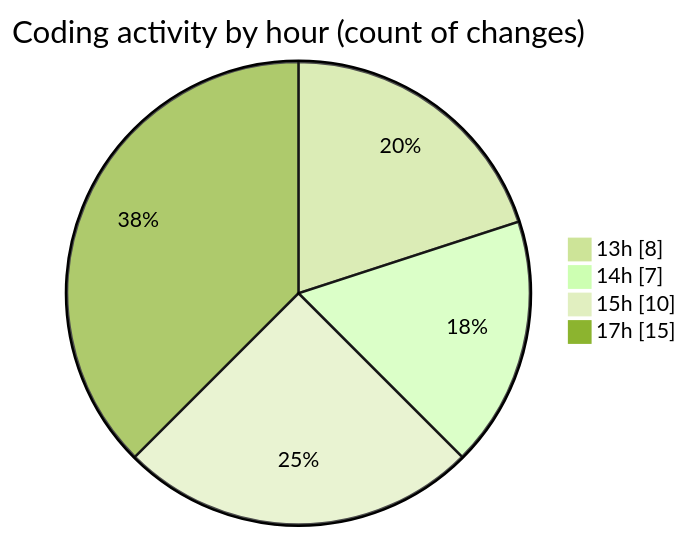
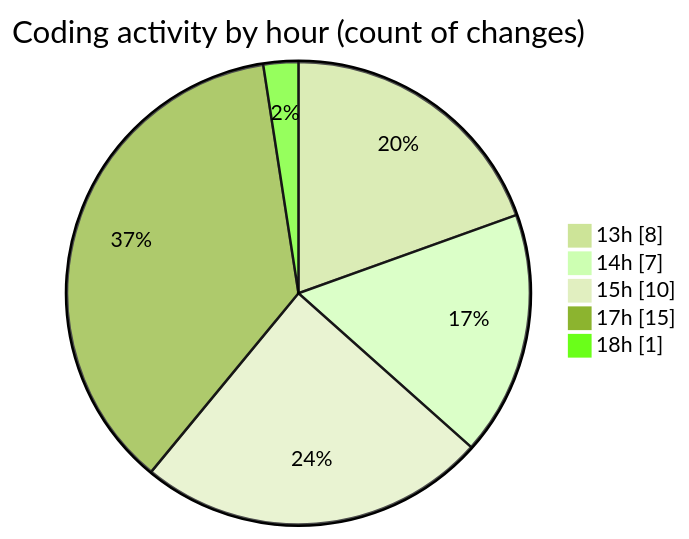
The second of 2 diagrams in 2025-04-03/jsvms/README.md (BS-eng2023/code-tracking), drawn with Mermaid (forest theme) before and after one commit. The commit also changed other lines of this file and 1 other file, not shown here.

````diff
--- a/2025-04-03/jsvms/README.md
+++ b/2025-04-03/jsvms/README.md
@@ -39,8 +39,9 @@
 ```mermaid
 pie showData
 title Coding activity by hour (count of changes)
 "13h" : 8
 "14h" : 7
 "15h" : 10
 "17h" : 15
+"18h" : 1
 ```
````
